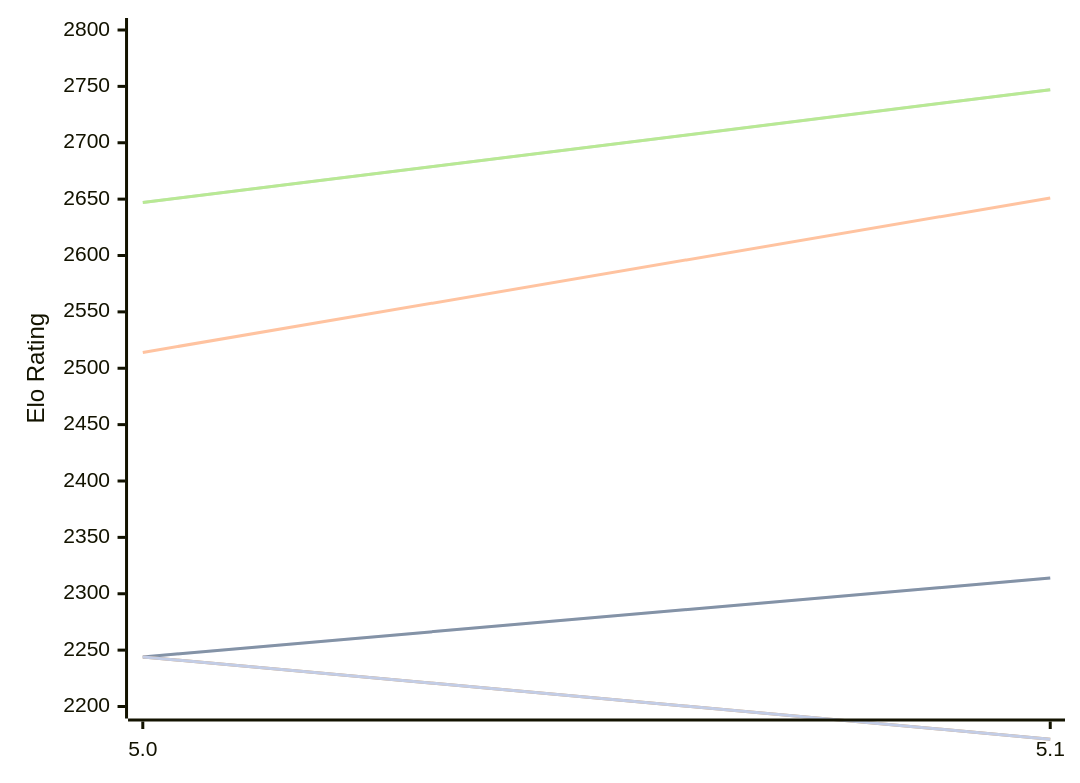
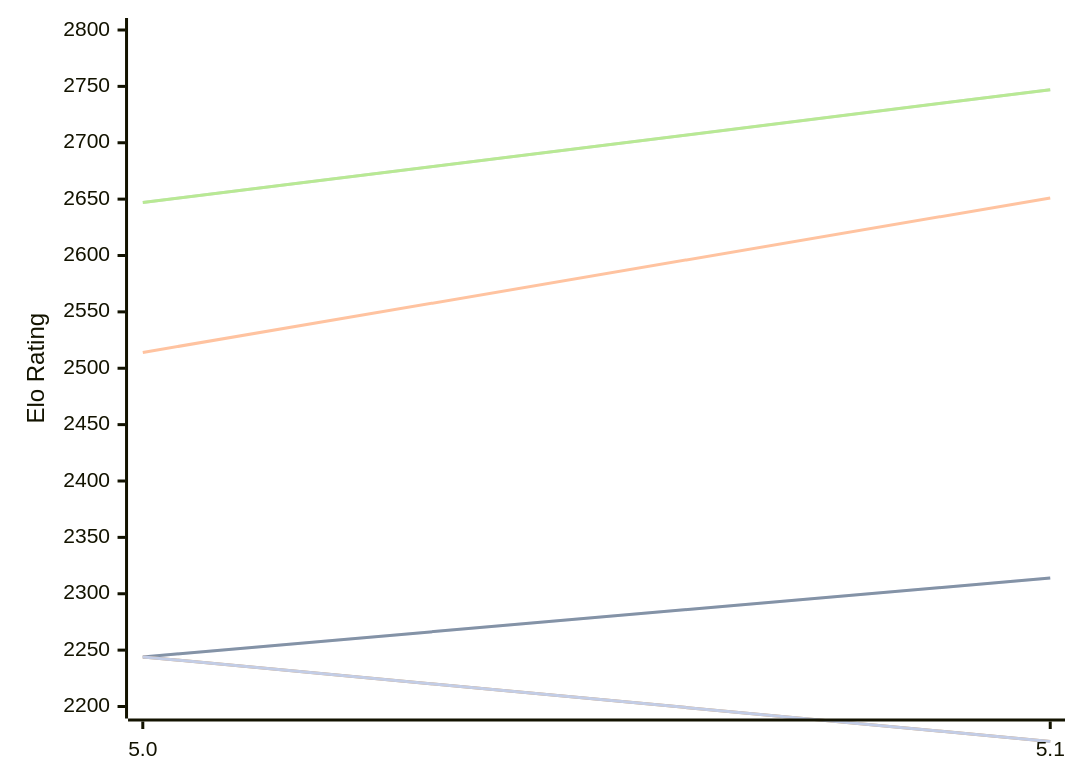
The diagram in engines/Dorky.md (computer-chess-index/cci), drawn with Mermaid before and after one commit. The commit also changed other lines of this file, not shown here.

````diff
--- a/engines/Dorky.md
+++ b/engines/Dorky.md
@@ -48,13 +48,13 @@
 ```mermaid
 %%{init: {"theme":"base","themeVariables":{"seriesColors:['#a3a3a3','#222221','#faa371']}}}%%
 xychart-beta
   x-axis ["5.0", "5.1"]
   y-axis "Elo Rating" 2200 --> 2800
   line "" [2244, 2314]
   line "T1: STC (8.0+0.08s)" [2244, 2314]
   line "T1: LTC (60.0+0.60s)" [2514, 2651]
   line "" [2647, 2747]
   line "T1: VLTC (2m24s+1.12s)" [2647, 2747]
-  line "" [2244,2171]
-  line "E1: STC (8.0+0.08s)" [2244,2171]
+  line "" [2244,2169]
+  line "E1: STC (8.0+0.08s)" [2244,2169]
 ```
````
